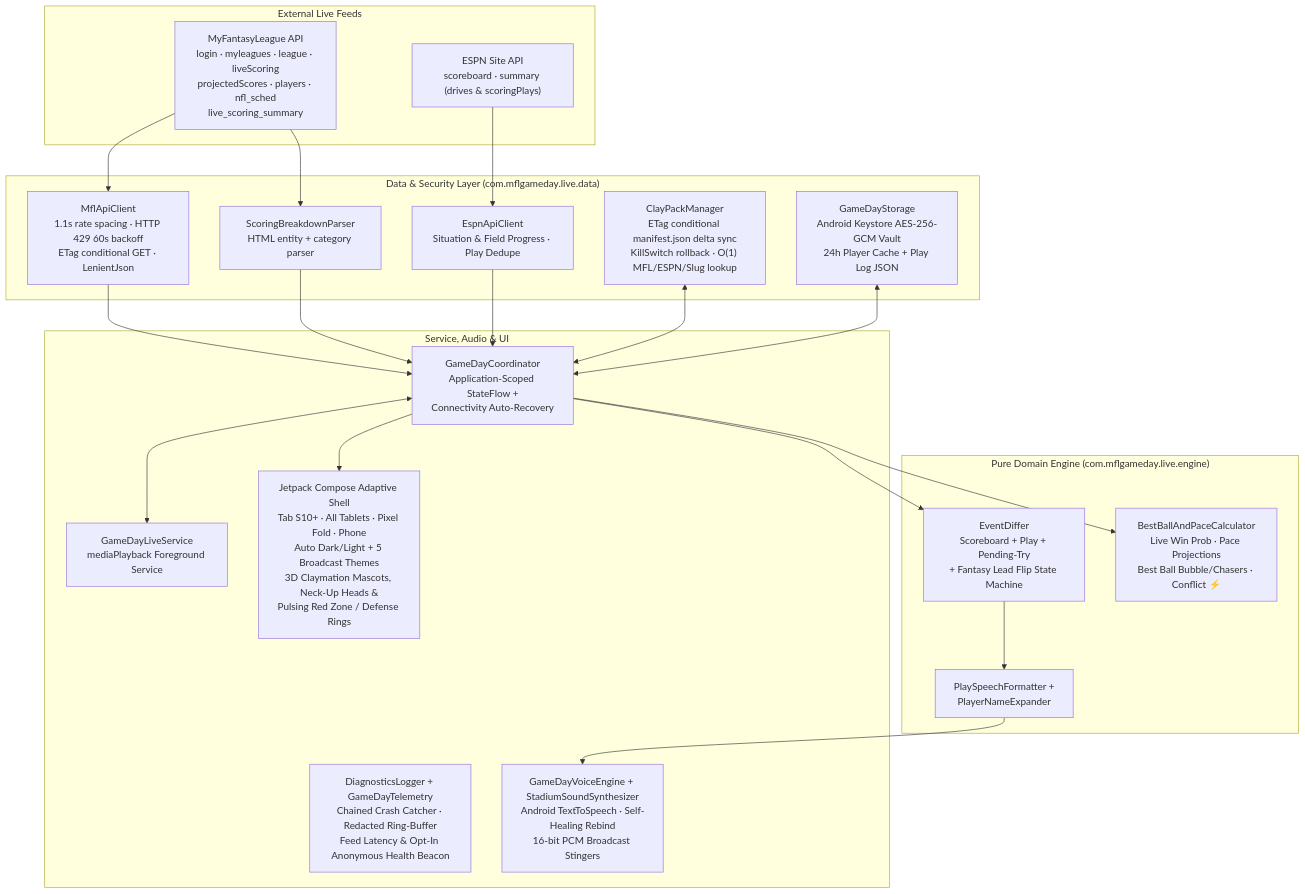
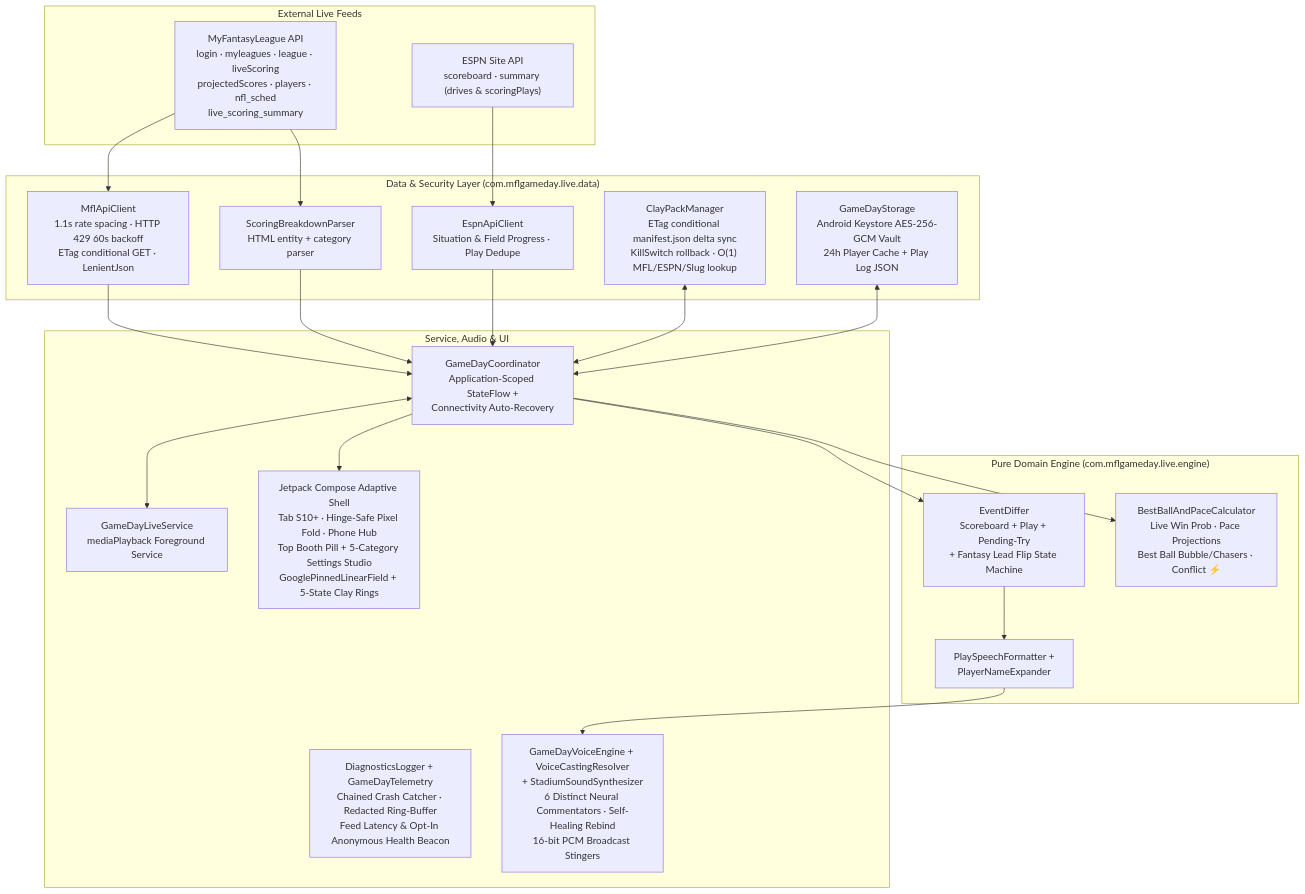
One commit to GinoMotisko/mfl-gameday-live changed the diagram in docs/architecture_map.md. Above: the diagram before and after it, drawn with Mermaid. The commit also changed other lines of this file and 19 other files, not shown here.

First line of the commit message:
feat(v1.3.0): 6-Commentator Studio, Linear Stadium Field, 5-State Rings & Adaptive Settings Hub (#19)

````diff
--- a/docs/architecture_map.md
+++ b/docs/architecture_map.md
@@ -15,44 +15,44 @@
 ```mermaid
 flowchart TD
     subgraph Providers["External Live Feeds"]
         MFL["MyFantasyLeague API\nlogin · myleagues · league · liveScoring\nprojectedScores · players · nfl_sched\nlive_scoring_summary"]
         ESPN["ESPN Site API\nscoreboard · summary (drives & scoringPlays)"]
     end
 
     subgraph DataLayer["Data & Security Layer (com.mflgameday.live.data)"]
         MflClient["MflApiClient\n1.1s rate spacing · HTTP 429 60s backoff\nETag conditional GET · LenientJson"]
         EspnClient["EspnApiClient\nSituation & Field Progress · Play Dedupe"]
         BreakdownParser["ScoringBreakdownParser\nHTML entity + category parser"]
         ClayMgr["ClayPackManager\nETag conditional manifest.json delta sync\nKillSwitch rollback · O(1) MFL/ESPN/Slug lookup"]
         Storage["GameDayStorage\nAndroid Keystore AES-256-GCM Vault\n24h Player Cache + Play Log JSON"]
     end
 
     subgraph EngineLayer["Pure Domain Engine (com.mflgameday.live.engine)"]
         Differ["EventDiffer\nScoreboard + Play + Pending-Try\n+ Fantasy Lead Flip State Machine"]
         Pace["BestBallAndPaceCalculator\nLive Win Prob · Pace Projections\nBest Ball Bubble/Chasers · Conflict ⚡"]
         Formatter["PlaySpeechFormatter +\nPlayerNameExpander"]
     end
 
     subgraph Runtime["Service, Audio & UI"]
         Coord["GameDayCoordinator\nApplication-Scoped StateFlow +\nConnectivity Auto-Recovery"]
         Diag["DiagnosticsLogger + GameDayTelemetry\nChained Crash Catcher · Redacted Ring-Buffer\nFeed Latency & Opt-In Anonymous Health Beacon"]
-        Voice["GameDayVoiceEngine + StadiumSoundSynthesizer\nAndroid TextToSpeech · Self-Healing Rebind\n16-bit PCM Broadcast Stingers"]
+        Voice["GameDayVoiceEngine + VoiceCastingResolver\n+ StadiumSoundSynthesizer\n6 Distinct Neural Commentators · Self-Healing Rebind\n16-bit PCM Broadcast Stingers"]
         FGS["GameDayLiveService\nmediaPlayback Foreground Service"]
-        UI["Jetpack Compose Adaptive Shell\nTab S10+ · All Tablets · Pixel Fold · Phone\nAuto Dark/Light + 5 Broadcast Themes\n3D Claymation Mascots, Neck-Up Heads &\nPulsing Red Zone / Defense Rings"]
+        UI["Jetpack Compose Adaptive Shell\nTab S10+ · Hinge-Safe Pixel Fold · Phone Hub\nTop Booth Pill + 5-Category Settings Studio\nGooglePinnedLinearField + 5-State Clay Rings"]
     end
 
     MFL --> MflClient
     MFL --> BreakdownParser
     ESPN --> EspnClient
     MflClient --> Coord
     BreakdownParser --> Coord
     EspnClient --> Coord
     ClayMgr <--> Coord
     Storage <--> Coord
     Coord --> Differ
     Coord --> Pace
     Differ --> Formatter
     Formatter --> Voice
     Coord <--> FGS
     Coord --> UI
 ```
````
